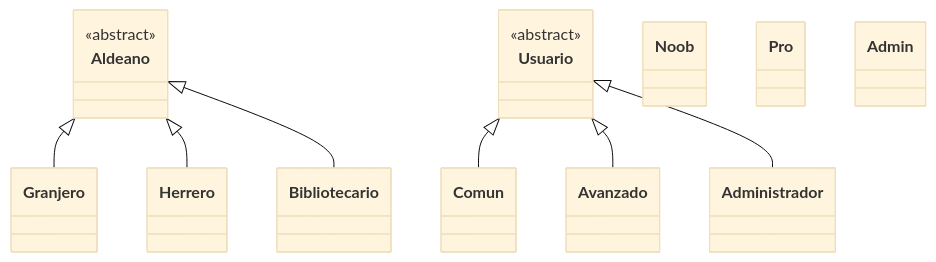
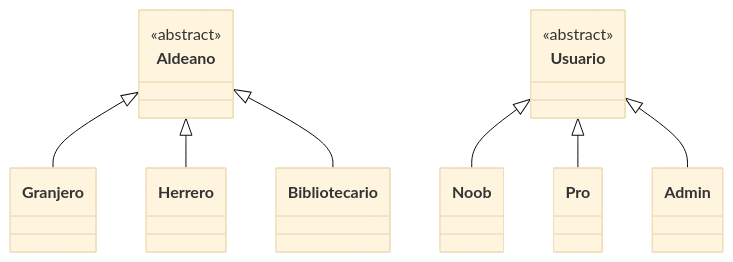
The diagram in README.md (carlos-moreno1/lab-kotlin1), drawn with Mermaid (base theme) before and after one commit.

````diff
--- a/README.md
+++ b/README.md
@@ -18,27 +18,27 @@
 ```mermaid
 classDiagram
 
     class Aldeano {
         <<abstract>>
     }
 
     class Usuario {
         <<abstract>>
     }
 
     class Noob
     class Pro
     class Admin
 
     class Granjero
     class Herrero
     class Bibliotecario
 
     Aldeano <|-- Granjero
     Aldeano <|-- Herrero
     Aldeano <|-- Bibliotecario
 
-    Usuario <|-- Comun
-    Usuario <|-- Avanzado
-    Usuario <|-- Administrador
+    Usuario <|-- Noob
+    Usuario <|-- Pro
+    Usuario <|-- Admin
 ```
````
